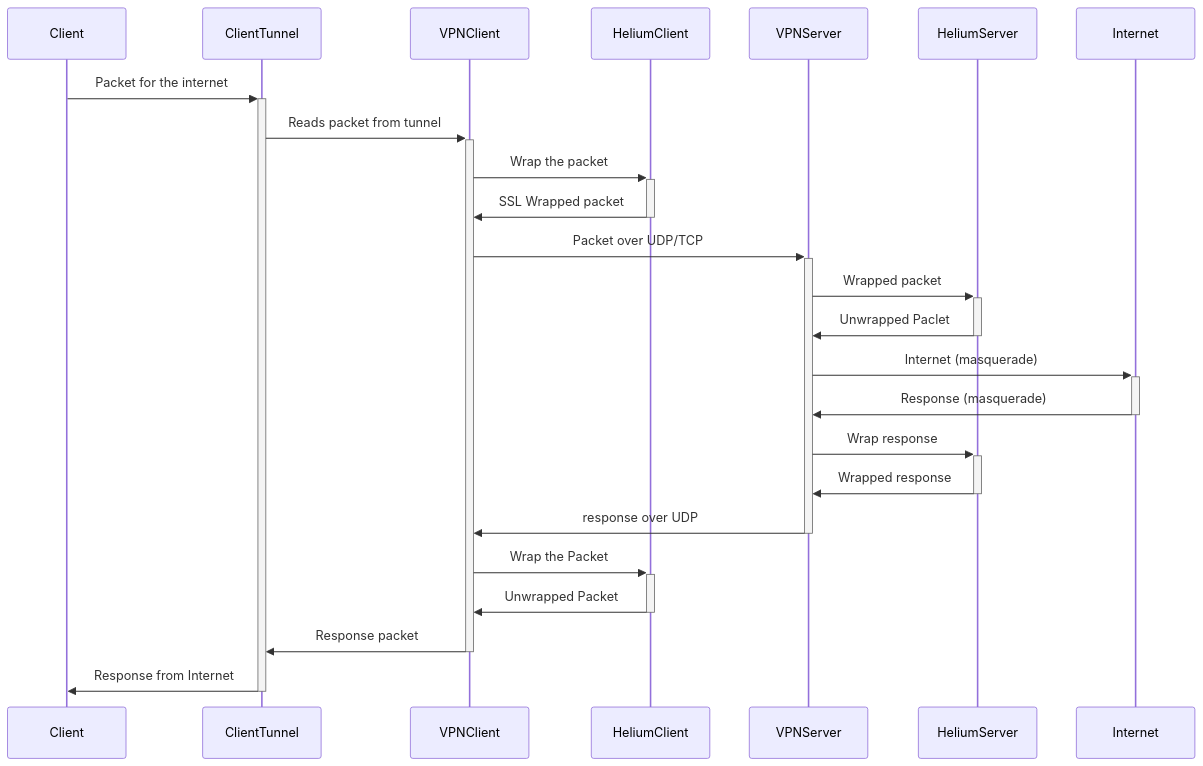
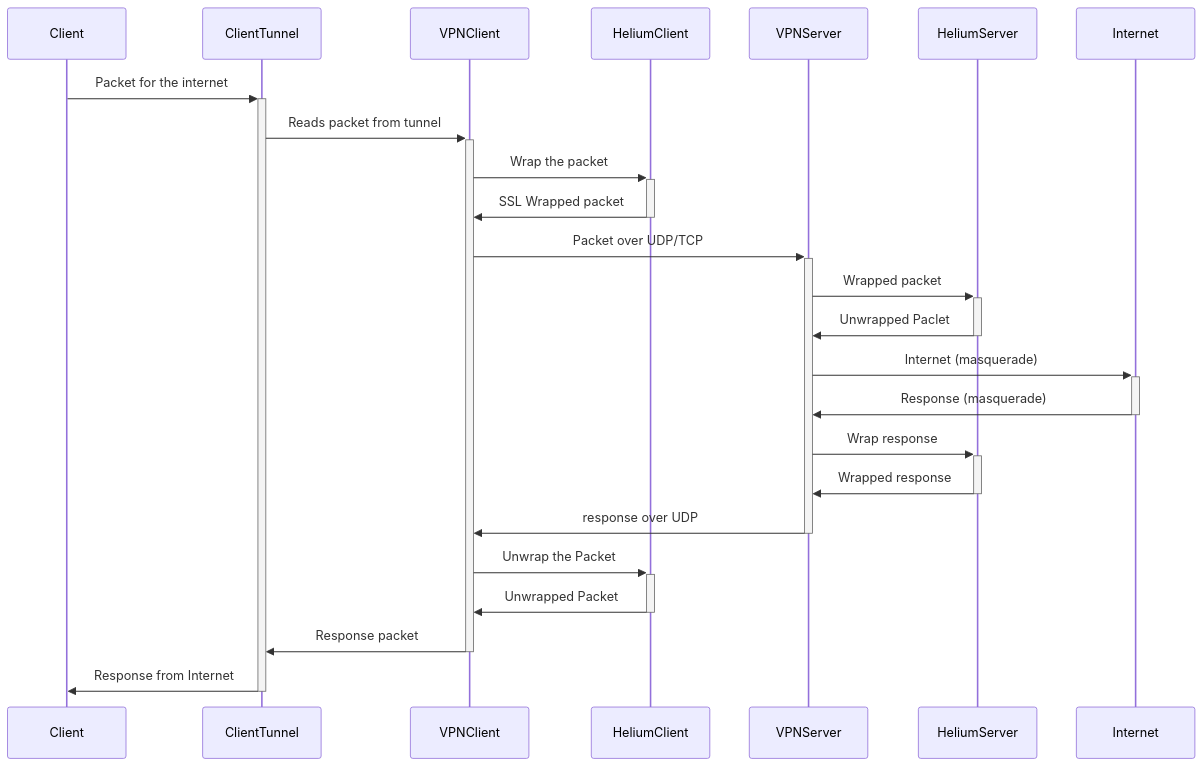
Before and after one commit to sheharyaar/lagnos-vpn: the diagram in README.md, drawn with Mermaid.

````diff
--- a/README.md
+++ b/README.md
@@ -26,19 +26,19 @@
 ```mermaid
 sequenceDiagram
     Client->>+ClientTunnel: Packet for the internet
     ClientTunnel->>+VPNClient: Reads packet from tunnel
     VPNClient->>+HeliumClient: Wrap the packet
     HeliumClient->>-VPNClient: SSL Wrapped packet
     VPNClient->>+VPNServer: Packet over UDP/TCP
     VPNServer->>+HeliumServer: Wrapped packet
     HeliumServer->>-VPNServer: Unwrapped Paclet
     VPNServer->>+Internet: Internet (masquerade)
     Internet->>-VPNServer: Response (masquerade)
     VPNServer->>+HeliumServer: Wrap response
     HeliumServer->>-VPNServer: Wrapped response
     VPNServer->>-VPNClient: response over UDP
-    VPNClient->>+HeliumClient: Wrap the Packet
+    VPNClient->>+HeliumClient: Unwrap the Packet
     HeliumClient->>-VPNClient: Unwrapped Packet
     VPNClient->>-ClientTunnel: Response packet
     ClientTunnel->>-Client: Response from Internet
 ```
````
